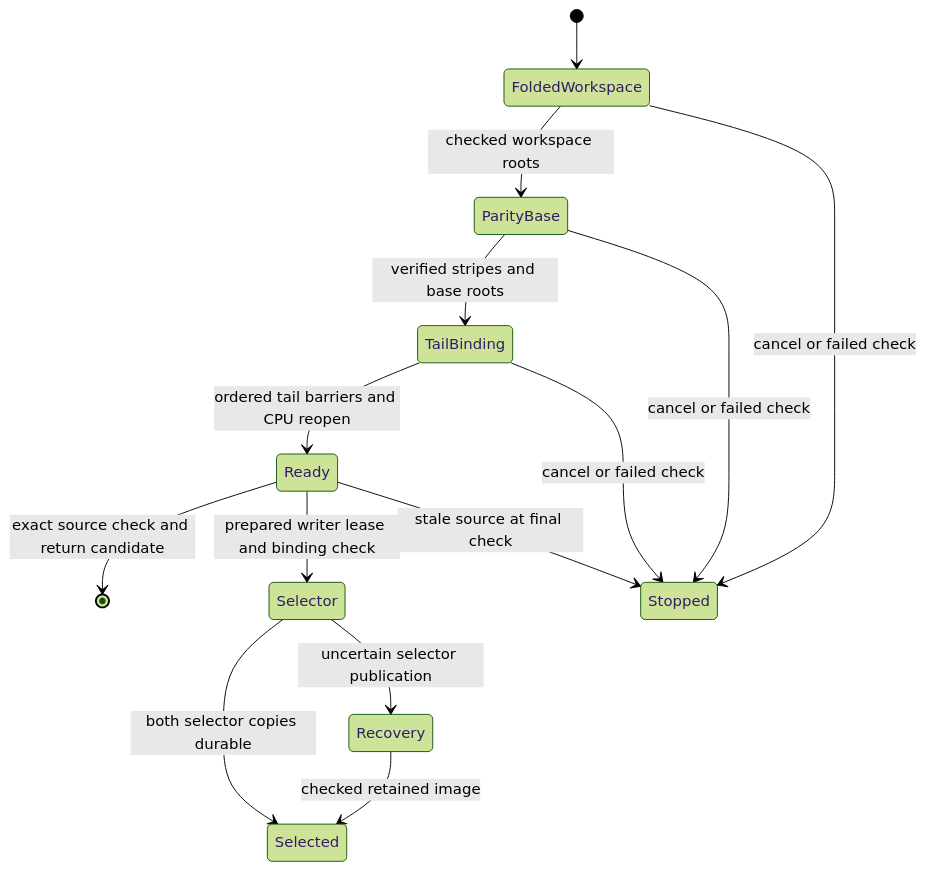
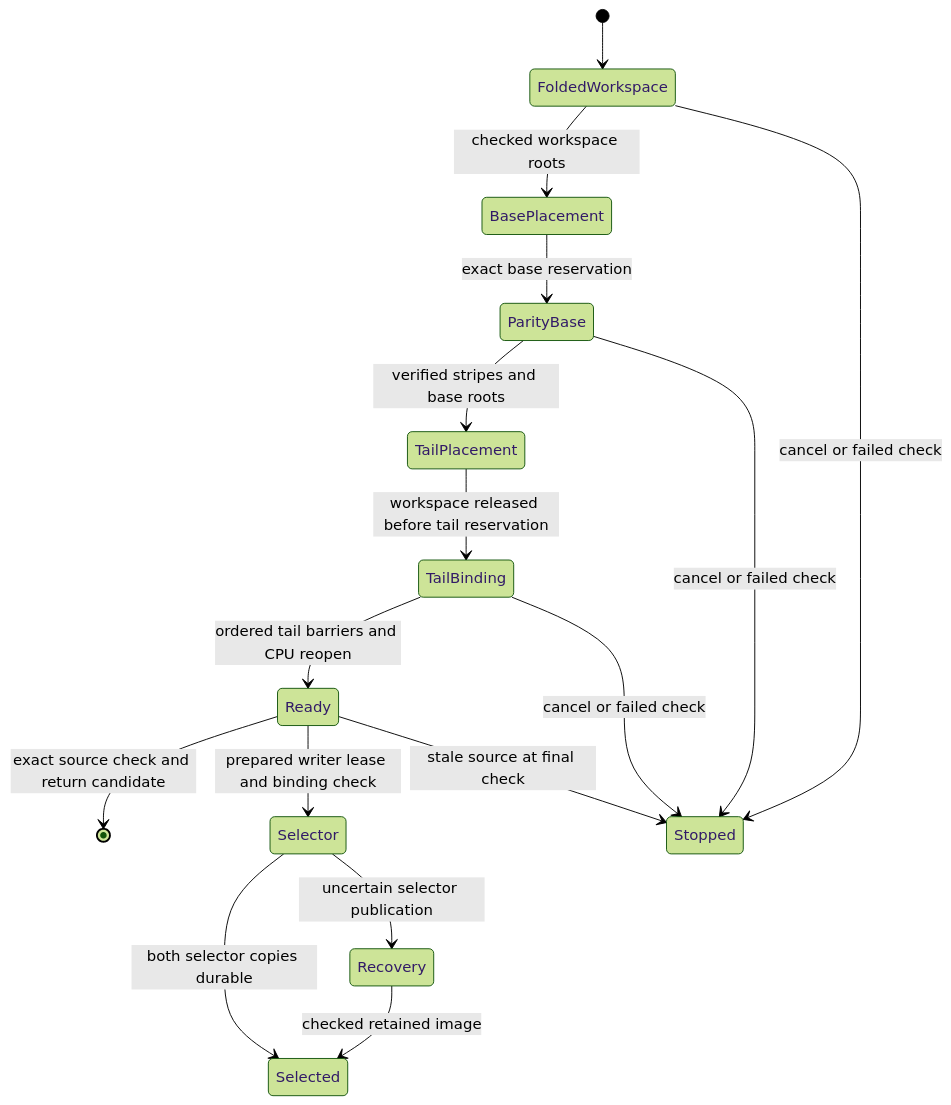
The diagram in docs/SEALED_INDEXED_IMAGE.md (strmt7/FlitzFS), drawn with Mermaid (forest theme) before and after one commit. The commit also changed other lines of this file and 9 other files, not shown here.

Commit message:
Allocate sealed base and writable tail in separate stages

````diff
--- a/docs/SEALED_INDEXED_IMAGE.md
+++ b/docs/SEALED_INDEXED_IMAGE.md
@@ -173,16 +173,18 @@
 ```mermaid
 stateDiagram-v2
     [*] --> FoldedWorkspace
-    FoldedWorkspace --> ParityBase: checked workspace roots
-    ParityBase --> TailBinding: verified stripes and base roots
+    FoldedWorkspace --> BasePlacement: checked workspace roots
+    BasePlacement --> ParityBase: exact base reservation
+    ParityBase --> TailPlacement: verified stripes and base roots
+    TailPlacement --> TailBinding: workspace released before tail reservation
     TailBinding --> Ready: ordered tail barriers and CPU reopen
     Ready --> [*]: exact source check and return candidate
     Ready --> Selector: prepared writer lease and binding check
     Selector --> Selected: both selector copies durable
     Selector --> Recovery: uncertain selector publication
     Recovery --> Selected: checked retained image
     FoldedWorkspace --> Stopped: cancel or failed check
     ParityBase --> Stopped: cancel or failed check
     TailBinding --> Stopped: cancel or failed check
     Ready --> Stopped: stale source at final check
 ```
````
